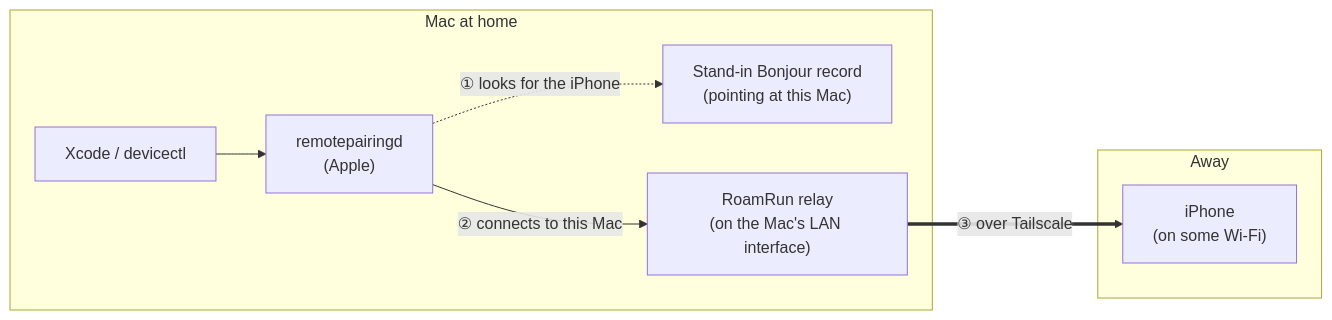
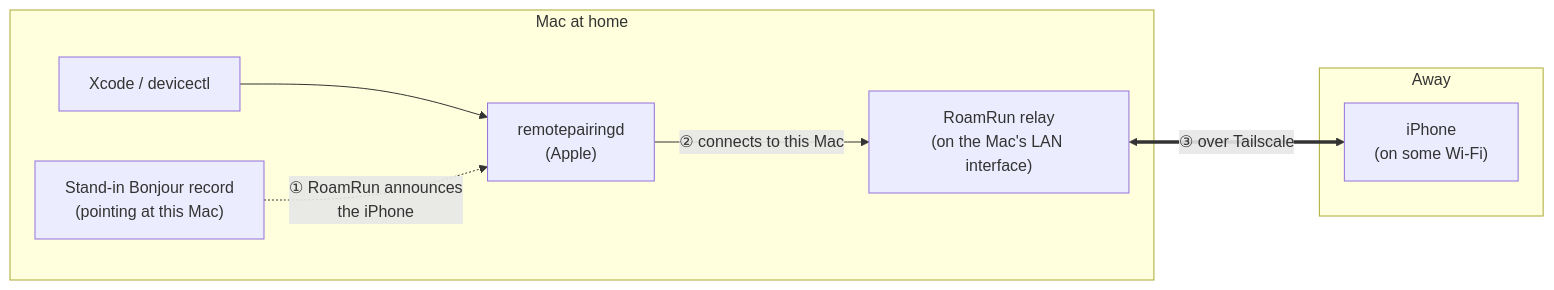
The first of 3 diagrams in docs/how-it-works.md (mh-mobile/RoamRun), drawn with Mermaid before and after one commit. The commit also changed 1 other file, not shown here.

Commit message:
docs/how-it-works: the first diagram runs the same way as the README's
RoamRun announces the device (step 1), and the relay carries traffic both ways (step 3).

````diff
--- a/docs/how-it-works.md
+++ b/docs/how-it-works.md
@@ -20,14 +20,14 @@
 ```mermaid
 flowchart LR
   subgraph mac["Mac at home"]
     xcode["Xcode / devicectl"] --> rpd["remotepairingd<br/>(Apple)"]
     fake["Stand-in Bonjour record<br/>(pointing at this Mac)"]
     relay["RoamRun relay<br/>(on the Mac's LAN interface)"]
   end
   subgraph away["Away"]
     iphone["iPhone<br/>(on some Wi-Fi)"]
   end
-  rpd -. "① looks for the iPhone" .-> fake
+  fake -. "① RoamRun announces<br/>the iPhone" .-> rpd
   rpd -- "② connects to this Mac" --> relay
-  relay == "③ over Tailscale" ==> iphone
+  relay <== "③ over Tailscale" ==> iphone
 ```
````
